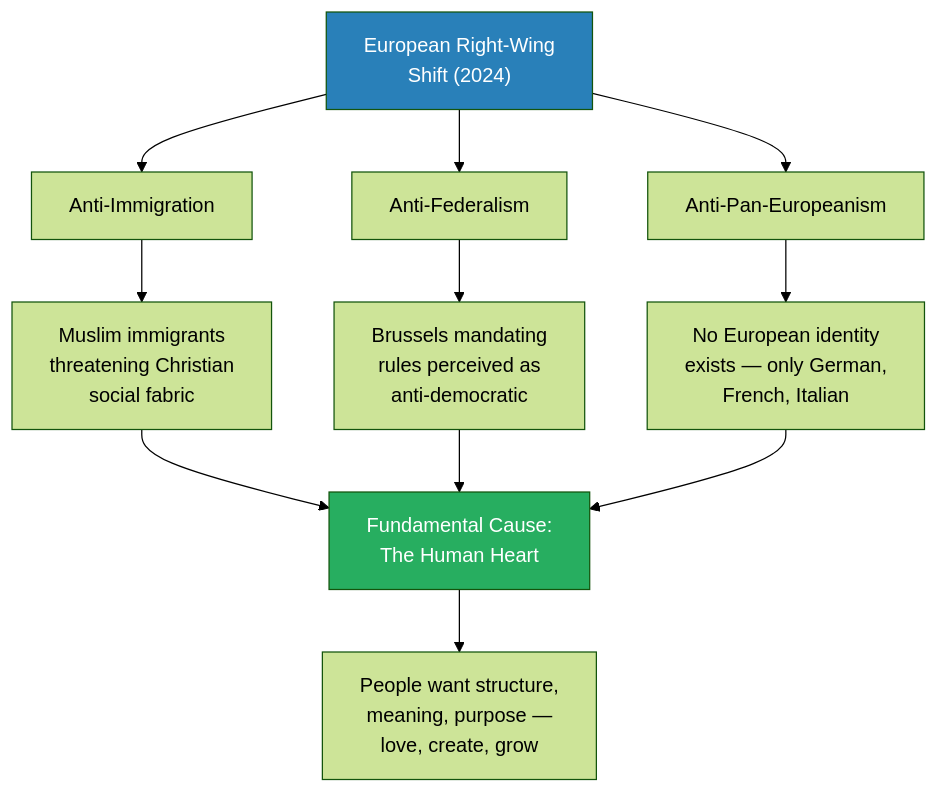
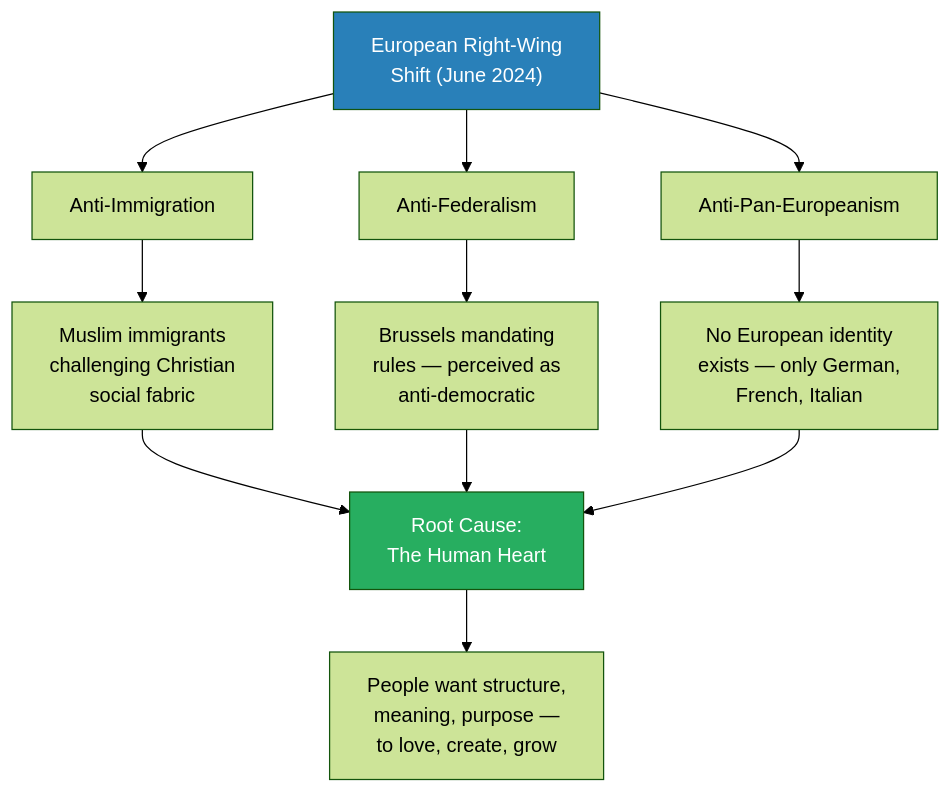
The seventh of 11 diagrams in summaries/Lectures/Geo-Strategy/12 - Psychohistory.md (alius33/reader), drawn with Mermaid (forest theme) before and after one commit. The commit also changed other lines of this file and 26 other files, not shown here.

````diff
--- a/summaries/Lectures/Geo-Strategy/12 - Psychohistory.md
+++ b/summaries/Lectures/Geo-Strategy/12 - Psychohistory.md
@@ -367,16 +325,16 @@
 ```mermaid
 flowchart TB
-    E["European Right-Wing<br/>Shift (2024)"]
+    E["European Right-Wing<br/>Shift (June 2024)"]
     E --> A["Anti-Immigration"]
     E --> B["Anti-Federalism"]
     E --> C["Anti-Pan-Europeanism"]
-    A --> A1["Muslim immigrants<br/>threatening Christian<br/>social fabric"]
-    B --> B1["Brussels mandating<br/>rules perceived as<br/>anti-democratic"]
+    A --> A1["Muslim immigrants<br/>challenging Christian<br/>social fabric"]
+    B --> B1["Brussels mandating<br/>rules — perceived as<br/>anti-democratic"]
     C --> C1["No European identity<br/>exists — only German,<br/>French, Italian"]
-    A1 --> D["Fundamental Cause:<br/>The Human Heart"]
+    A1 --> D["Root Cause:<br/>The Human Heart"]
     B1 --> D
     C1 --> D
-    D --> D1["People want structure,<br/>meaning, purpose —<br/>love, create, grow"]
+    D --> D1["People want structure,<br/>meaning, purpose —<br/>to love, create, grow"]
     style D fill:#27ae60,color:#fff
     style E fill:#2980b9,color:#fff
 ```
````
